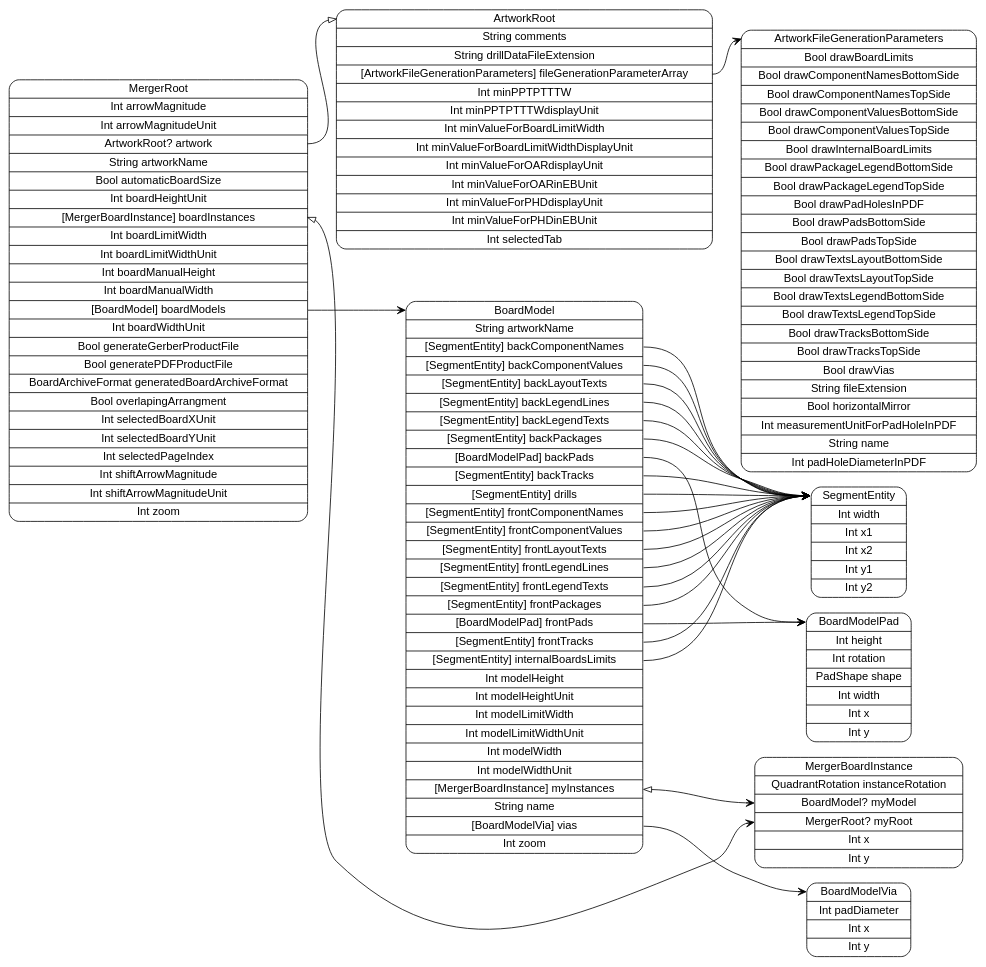
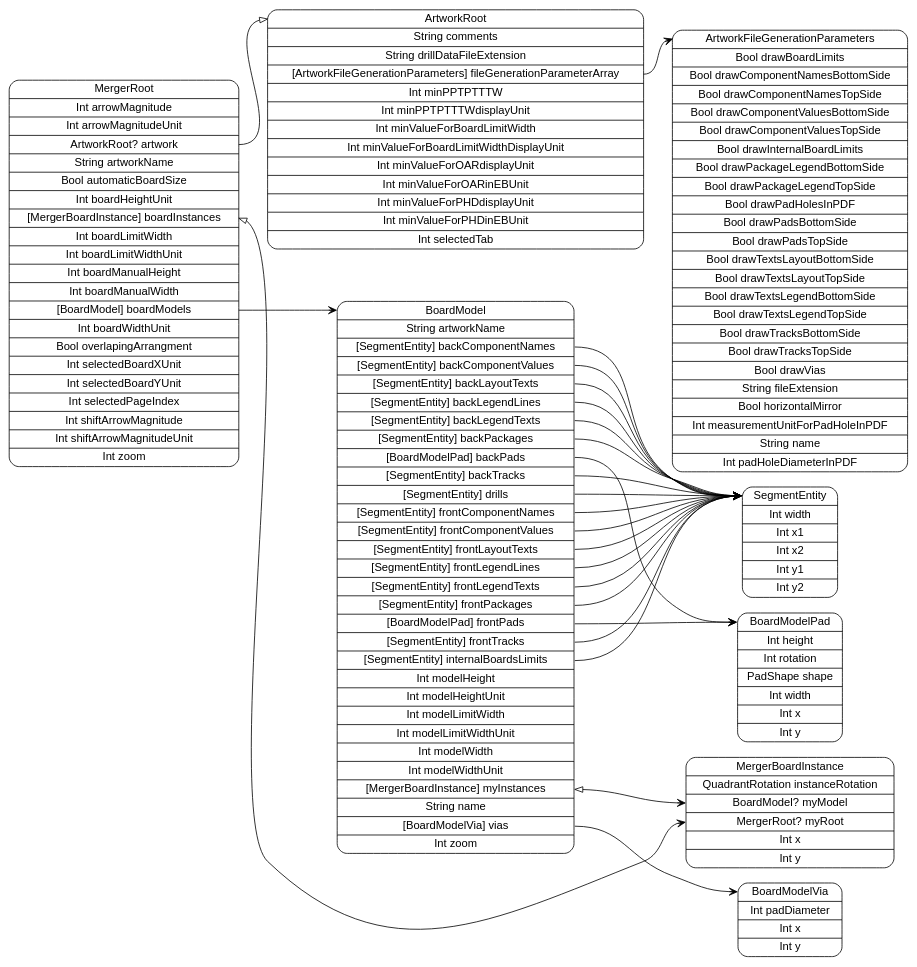
The diagram in models/MergerRoot.dot (pierremolinaro/ElCanari-dev), drawn with Graphviz before and after one commit. The commit also changed 14 other files, not shown here.

```diff
--- a/models/MergerRoot.dot
+++ b/models/MergerRoot.dot
@@ -1,36 +1,36 @@
 digraph G {
   rankdir=LR ;
   node [shape=record fontname=helvetica style=rounded] ;
-  MergerRoot[label="<MergerRoot>MergerRoot|Int arrowMagnitude|Int arrowMagnitudeUnit|<artwork>ArtworkRoot? artwork|String artworkName|Bool automaticBoardSize|Int boardHeightUnit|<boardInstances>[MergerBoardInstance] boardInstances|Int boardLimitWidth|Int boardLimitWidthUnit|Int boardManualHeight|Int boardManualWidth|<boardModels>[BoardModel] boardModels|Int boardWidthUnit|Bool generateGerberProductFile|Bool generatePDFProductFile|BoardArchiveFormat generatedBoardArchiveFormat|Bool overlapingArrangment|Int selectedBoardXUnit|Int selectedBoardYUnit|Int selectedPageIndex|Int shiftArrowMagnitude|Int shiftArrowMagnitudeUnit|Int zoom"] ;
+  MergerRoot[label="<MergerRoot>MergerRoot|Int arrowMagnitude|Int arrowMagnitudeUnit|<artwork>ArtworkRoot? artwork|String artworkName|Bool automaticBoardSize|Int boardHeightUnit|<boardInstances>[MergerBoardInstance] boardInstances|Int boardLimitWidth|Int boardLimitWidthUnit|Int boardManualHeight|Int boardManualWidth|<boardModels>[BoardModel] boardModels|Int boardWidthUnit|Bool overlapingArrangment|Int selectedBoardXUnit|Int selectedBoardYUnit|Int selectedPageIndex|Int shiftArrowMagnitude|Int shiftArrowMagnitudeUnit|Int zoom"] ;
   BoardModel[label="<BoardModel>BoardModel|String artworkName|<backComponentNames>[SegmentEntity] backComponentNames|<backComponentValues>[SegmentEntity] backComponentValues|<backLayoutTexts>[SegmentEntity] backLayoutTexts|<backLegendLines>[SegmentEntity] backLegendLines|<backLegendTexts>[SegmentEntity] backLegendTexts|<backPackages>[SegmentEntity] backPackages|<backPads>[BoardModelPad] backPads|<backTracks>[SegmentEntity] backTracks|<drills>[SegmentEntity] drills|<frontComponentNames>[SegmentEntity] frontComponentNames|<frontComponentValues>[SegmentEntity] frontComponentValues|<frontLayoutTexts>[SegmentEntity] frontLayoutTexts|<frontLegendLines>[SegmentEntity] frontLegendLines|<frontLegendTexts>[SegmentEntity] frontLegendTexts|<frontPackages>[SegmentEntity] frontPackages|<frontPads>[BoardModelPad] frontPads|<frontTracks>[SegmentEntity] frontTracks|<internalBoardsLimits>[SegmentEntity] internalBoardsLimits|Int modelHeight|Int modelHeightUnit|Int modelLimitWidth|Int modelLimitWidthUnit|Int modelWidth|Int modelWidthUnit|<myInstances>[MergerBoardInstance] myInstances|String name|<vias>[BoardModelVia] vias|Int zoom"] ;
   BoardModelVia[label="<BoardModelVia>BoardModelVia|Int padDiameter|Int x|Int y"] ;
   BoardModelPad[label="<BoardModelPad>BoardModelPad|Int height|Int rotation|PadShape shape|Int width|Int x|Int y"] ;
   SegmentEntity[label="<SegmentEntity>SegmentEntity|Int width|Int x1|Int x2|Int y1|Int y2"] ;
   MergerBoardInstance[label="<MergerBoardInstance>MergerBoardInstance|QuadrantRotation instanceRotation|<myModel>BoardModel? myModel|<myRoot>MergerRoot? myRoot|Int x|Int y"] ;
   ArtworkRoot[label="<ArtworkRoot>ArtworkRoot|String comments|String drillDataFileExtension|<fileGenerationParameterArray>[ArtworkFileGenerationParameters] fileGenerationParameterArray|Int minPPTPTTTW|Int minPPTPTTTWdisplayUnit|Int minValueForBoardLimitWidth|Int minValueForBoardLimitWidthDisplayUnit|Int minValueForOARdisplayUnit|Int minValueForOARinEBUnit|Int minValueForPHDdisplayUnit|Int minValueForPHDinEBUnit|Int selectedTab"] ;
   ArtworkFileGenerationParameters[label="<ArtworkFileGenerationParameters>ArtworkFileGenerationParameters|Bool drawBoardLimits|Bool drawComponentNamesBottomSide|Bool drawComponentNamesTopSide|Bool drawComponentValuesBottomSide|Bool drawComponentValuesTopSide|Bool drawInternalBoardLimits|Bool drawPackageLegendBottomSide|Bool drawPackageLegendTopSide|Bool drawPadHolesInPDF|Bool drawPadsBottomSide|Bool drawPadsTopSide|Bool drawTextsLayoutBottomSide|Bool drawTextsLayoutTopSide|Bool drawTextsLegendBottomSide|Bool drawTextsLegendTopSide|Bool drawTracksBottomSide|Bool drawTracksTopSide|Bool drawVias|String fileExtension|Bool horizontalMirror|Int measurementUnitForPadHoleInPDF|String name|Int padHoleDiameterInPDF"] ;
   MergerRoot:artwork -> ArtworkRoot:ArtworkRoot [dir=both arrowtail=none arrowhead=onormal] ;
   MergerRoot:boardInstances -> MergerBoardInstance:myRoot [dir=both arrowtail=onormal arrowhead=vee] ;
   MergerRoot:boardModels -> BoardModel:BoardModel [dir=both arrowtail=none arrowhead=vee] ;
   BoardModel:backComponentNames -> SegmentEntity:SegmentEntity [dir=both arrowtail=none arrowhead=vee] ;
   BoardModel:backComponentValues -> SegmentEntity:SegmentEntity [dir=both arrowtail=none arrowhead=vee] ;
   BoardModel:backLayoutTexts -> SegmentEntity:SegmentEntity [dir=both arrowtail=none arrowhead=vee] ;
   BoardModel:backLegendLines -> SegmentEntity:SegmentEntity [dir=both arrowtail=none arrowhead=vee] ;
   BoardModel:backLegendTexts -> SegmentEntity:SegmentEntity [dir=both arrowtail=none arrowhead=vee] ;
   BoardModel:backPackages -> SegmentEntity:SegmentEntity [dir=both arrowtail=none arrowhead=vee] ;
   BoardModel:backPads -> BoardModelPad:BoardModelPad [dir=both arrowtail=none arrowhead=vee] ;
   BoardModel:backTracks -> SegmentEntity:SegmentEntity [dir=both arrowtail=none arrowhead=vee] ;
   BoardModel:drills -> SegmentEntity:SegmentEntity [dir=both arrowtail=none arrowhead=vee] ;
   BoardModel:frontComponentNames -> SegmentEntity:SegmentEntity [dir=both arrowtail=none arrowhead=vee] ;
   BoardModel:frontComponentValues -> SegmentEntity:SegmentEntity [dir=both arrowtail=none arrowhead=vee] ;
   BoardModel:frontLayoutTexts -> SegmentEntity:SegmentEntity [dir=both arrowtail=none arrowhead=vee] ;
   BoardModel:frontLegendLines -> SegmentEntity:SegmentEntity [dir=both arrowtail=none arrowhead=vee] ;
   BoardModel:frontLegendTexts -> SegmentEntity:SegmentEntity [dir=both arrowtail=none arrowhead=vee] ;
   BoardModel:frontPackages -> SegmentEntity:SegmentEntity [dir=both arrowtail=none arrowhead=vee] ;
   BoardModel:frontPads -> BoardModelPad:BoardModelPad [dir=both arrowtail=none arrowhead=vee] ;
   BoardModel:frontTracks -> SegmentEntity:SegmentEntity [dir=both arrowtail=none arrowhead=vee] ;
   BoardModel:internalBoardsLimits -> SegmentEntity:SegmentEntity [dir=both arrowtail=none arrowhead=vee] ;
   BoardModel:myInstances -> MergerBoardInstance:myModel [dir=both arrowtail=onormal arrowhead=vee] ;
   BoardModel:vias -> BoardModelVia:BoardModelVia [dir=both arrowtail=none arrowhead=vee] ;
   ArtworkRoot:fileGenerationParameterArray -> ArtworkFileGenerationParameters:ArtworkFileGenerationParameters [dir=both arrowtail=none arrowhead=vee] ;
 }
```
